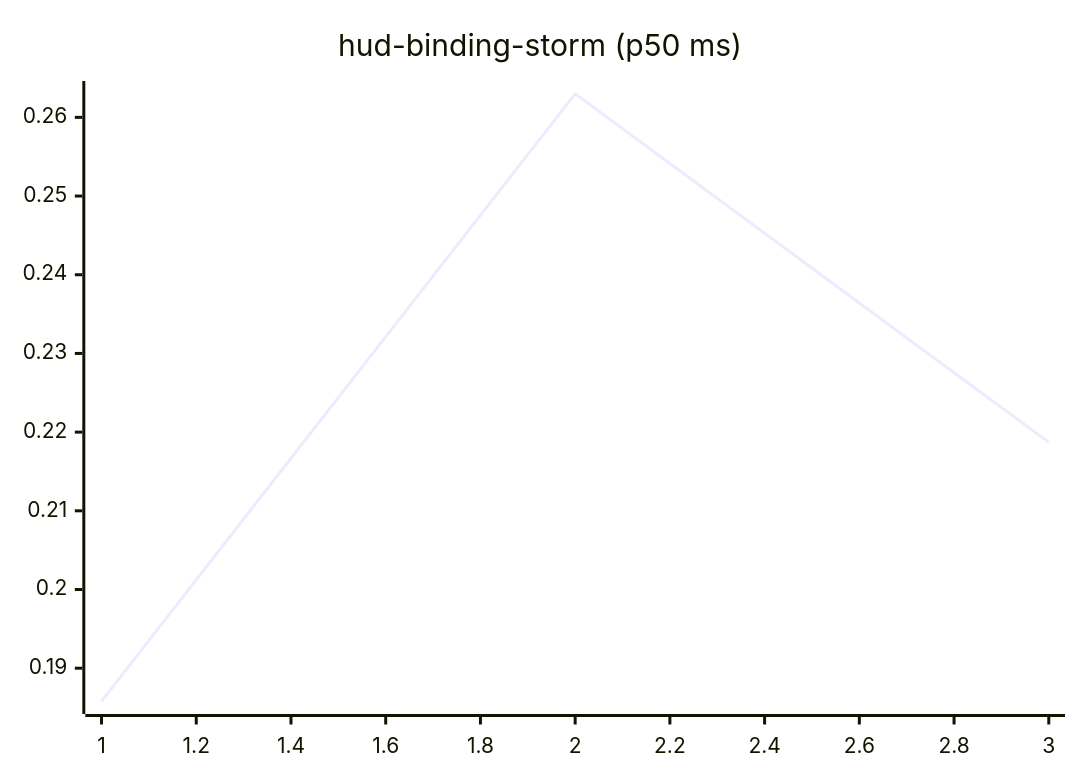
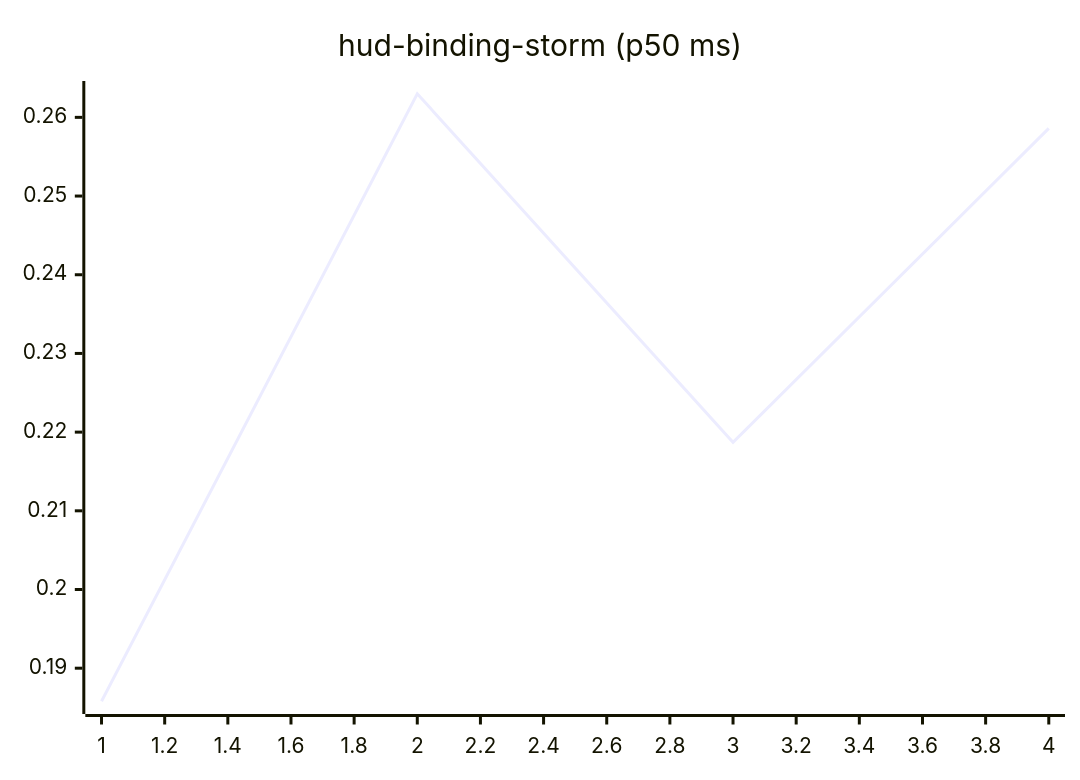
The tenth of 27 diagrams in README.md (josha/Facet), drawn with Mermaid before and after one commit. The commit also changed other lines of this file and 2 other files, not shown here.

````diff
--- a/README.md
+++ b/README.md
@@ -126,6 +126,6 @@
 ```mermaid
 xychart-beta
     title "hud-binding-storm (p50 ms)"
-    x-axis 1 --> 3
-    line [0.1858, 0.2630, 0.2187]
+    x-axis 1 --> 4
+    line [0.1858, 0.2630, 0.2187, 0.2586]
 ```
````
